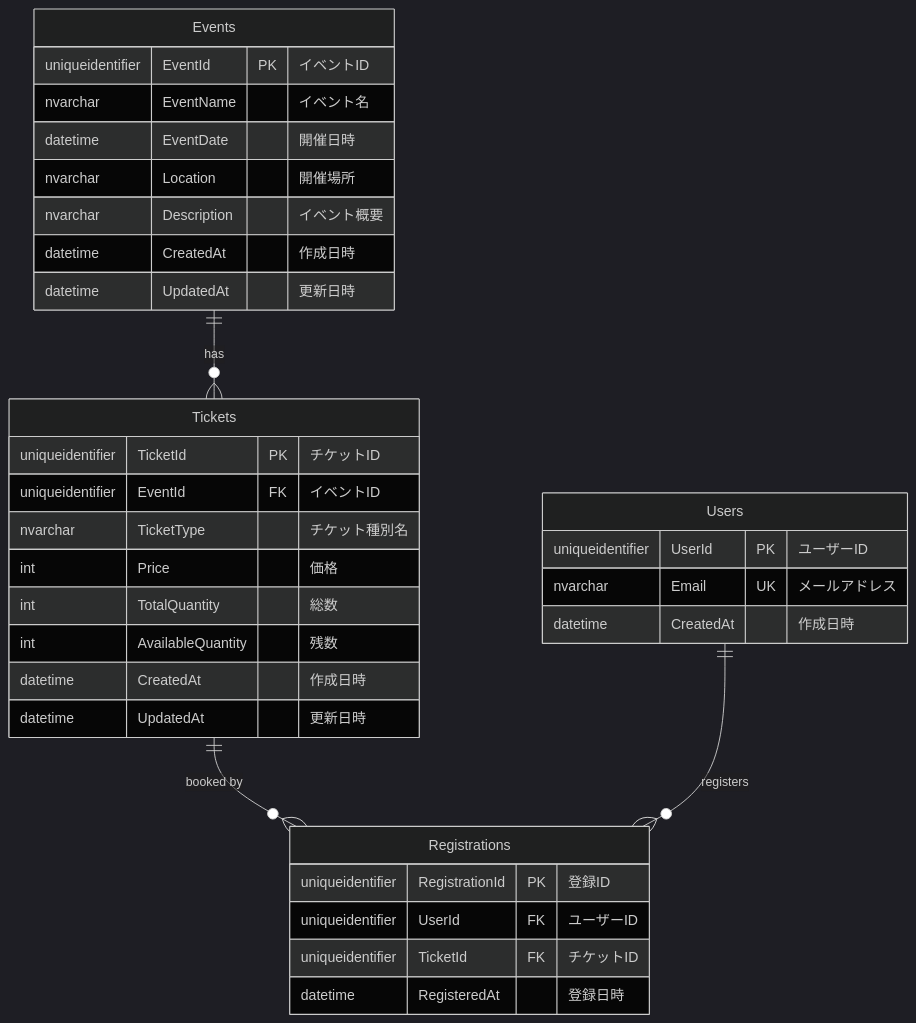
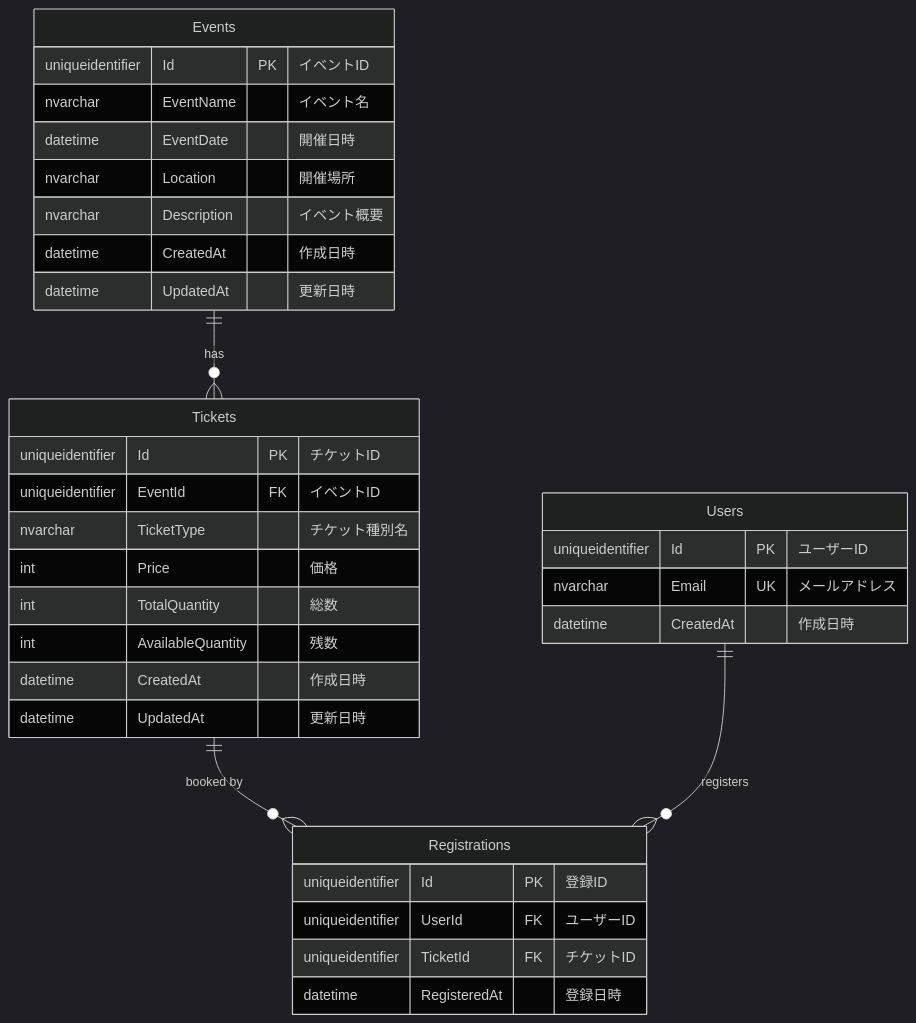
Before and after one commit to kazakht/event-registration-system: the diagram in docs/er-diagram.md, drawn with Mermaid (dark theme).

Commit message:
Rename primary key fields in ER diagram

````diff
--- a/docs/er-diagram.md
+++ b/docs/er-diagram.md
@@ -5,40 +5,40 @@
 ```mermaid
 erDiagram
     Events ||--o{ Tickets : "has"
     Tickets ||--o{ Registrations : "booked by"
     Users ||--o{ Registrations : "registers"
 
     Events {
-        uniqueidentifier EventId PK "イベントID"
+        uniqueidentifier Id PK "イベントID"
         nvarchar EventName "イベント名"
         datetime EventDate "開催日時"
         nvarchar Location "開催場所"
         nvarchar Description "イベント概要"
         datetime CreatedAt "作成日時"
         datetime UpdatedAt "更新日時"
     }
 
     Tickets {
-        uniqueidentifier TicketId PK "チケットID"
+        uniqueidentifier Id PK "チケットID"
         uniqueidentifier EventId FK "イベントID"
         nvarchar TicketType "チケット種別名"
         int Price "価格"
         int TotalQuantity "総数"
         int AvailableQuantity "残数"
         datetime CreatedAt "作成日時"
         datetime UpdatedAt "更新日時"
     }
 
     Users {
-        uniqueidentifier UserId PK "ユーザーID"
+        uniqueidentifier Id PK "ユーザーID"
         nvarchar Email UK "メールアドレス"
         datetime CreatedAt "作成日時"
     }
 
     Registrations {
-        uniqueidentifier RegistrationId PK "登録ID"
+        uniqueidentifier Id PK "登録ID"
         uniqueidentifier UserId FK "ユーザーID"
         uniqueidentifier TicketId FK "チケットID"
         datetime RegisteredAt "登録日時"
     }
 ```
````
